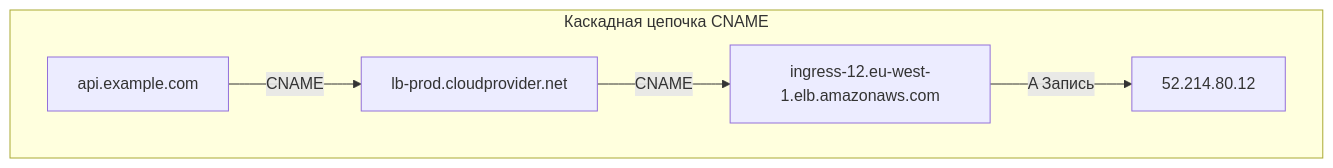
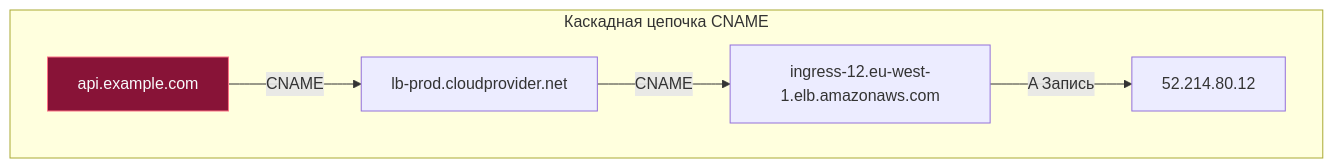
Before and after one commit to UnrealTemplier/go-textbook: the third of 4 diagrams in sources/3. Компьютерные сети и сетевой стек/17. DNS под капотом. Record Types, TTL, Recursive Resolver, кеширование.md, drawn with Mermaid. The commit also changed other lines of this file and 1666 other files, not shown here.

First line of the commit message:
feat(mermaid): add semantic color classDef to 1369 colorless flowchart/graph diagrams

````diff
--- a/sources/3. Компьютерные сети и сетевой стек/17. DNS под капотом. Record Types, TTL, Recursive Resolver, кеширование.md
+++ b/sources/3. Компьютерные сети и сетевой стек/17. DNS под капотом. Record Types, TTL, Recursive Resolver, кеширование.md
@@ -121,9 +141,19 @@
 ```mermaid
 flowchart LR
+    classDef process  fill:#1e293b,stroke:#38bdf8,stroke-width:1px,color:#f8fafc
+    classDef success  fill:#064e3b,stroke:#34d399,stroke-width:1px,color:#f8fafc
+    classDef error    fill:#7f1d1d,stroke:#f87171,stroke-width:1px,color:#f8fafc
+    classDef warning  fill:#78350f,stroke:#fbbf24,stroke-width:1px,color:#f8fafc
+    classDef entry    fill:#1e3a5f,stroke:#38bdf8,stroke-width:2px,color:#f8fafc
+    classDef aux      fill:#334155,stroke:#64748b,stroke-width:1px,color:#f8fafc
+    classDef system   fill:#312e81,stroke:#a78bfa,stroke-width:1px,color:#f8fafc
+    classDef data     fill:#132d29,stroke:#2dd4bf,stroke-width:1px,color:#f8fafc
+    classDef network  fill:#881337,stroke:#fb7185,stroke-width:1px,color:#f8fafc
+    classDef accent   fill:#1e1b4b,stroke:#818cf8,stroke-width:1px,color:#f8fafc
     subgraph CNAME_CHAIN["Каскадная цепочка CNAME"]
         direction LR
-        REQ["api.example.com"] -->|CNAME| C1["lb-prod.cloudprovider.net"]
+        REQ["api.example.com"]:::network -->|CNAME| C1["lb-prod.cloudprovider.net"]
         C1 -->|CNAME| C2["ingress-12.eu-west-1.elb.amazonaws.com"]
         C2 -->|A Запись| IP["52.214.80.12"]
     end
 ```
````
